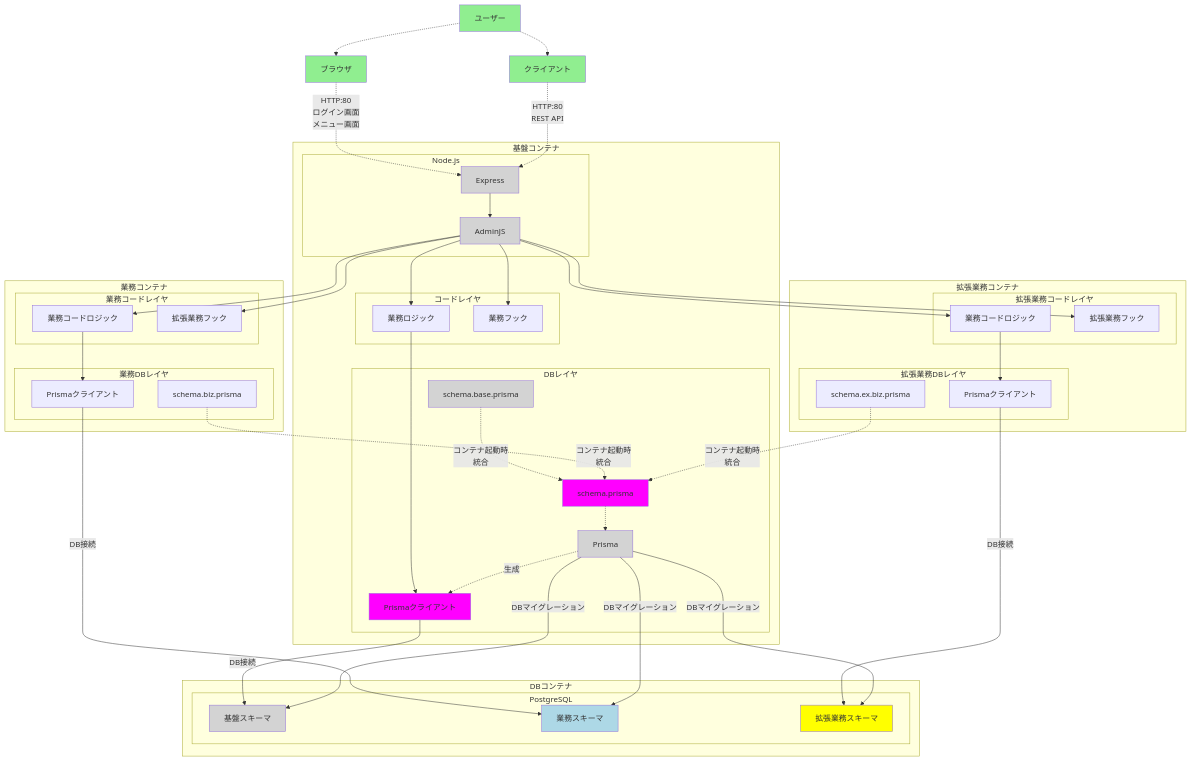
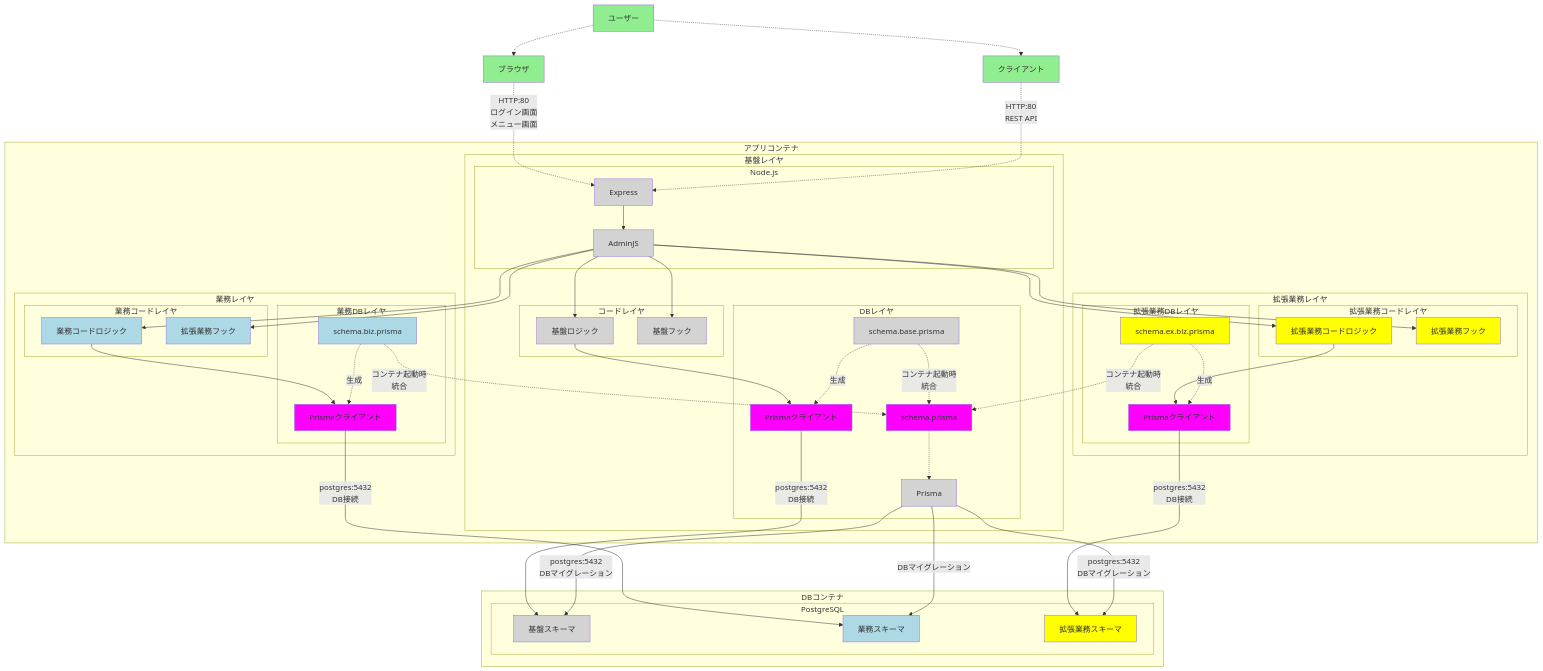
The diagram in docs/components.md (taizod1024/astack), drawn with Mermaid before and after one commit. The commit also changed 6 other files, not shown here.

````diff
--- a/docs/components.md
+++ b/docs/components.md
@@ -3,86 +3,100 @@
 ```mermaid
 graph TD
     US[ユーザー]
+    style US fill:lightgreen
     CL1[ブラウザ]
+    style CL1 fill:lightgreen
     CL2[クライアント]
-    style US fill:lightgreen
-    style CL1 fill:lightgreen
     style CL2 fill:lightgreen
     US -.-> CL1
     US -.-> CL2
     CL1 -.-> |HTTP:80<br>ログイン画面<br>メニュー画面| ND
     CL2 -.-> |HTTP:80<br>REST API| ND
-    subgraph 基盤コンテナ
-        ND[Express]
-        style ND fill:lightgray
-        AJ[AdminJS]
-        style AJ fill:lightgray
-        subgraph Node.js
-            ND --> AJ
-        end
-        subgraph コードレイヤ
-            CD.APP[業務ロジック]
-            CD.HOOK[業務フック]
-            AJ --> CD.APP
-            AJ --> CD.HOOK
-        end
-        subgraph DBレイヤ
-            PR.CL[Prismaクライアント]
-            style PR.CL fill:magenta
-            PR[Prisma]
-            style PR fill:lightgray
-            PR.BS.SC[schema.base.prisma]
-            style PR.BS.SC fill:lightgray
-            PR.SC[schema.prisma]
-            style PR.SC fill:magenta
-            CD.APP --> PR.CL
-            PR -.-> |生成| PR.CL
-            PR.BS.SC -.-> |コンテナ起動時<br>統合| PR.SC
-            PR.SC -.-> PR
-        end
-    end
     subgraph DBコンテナ
         subgraph PostgreSQL
             PO[基盤スキーマ]
+            style PO fill:lightgray
             BZ.PO[業務スキーマ]
+            style BZ.PO fill:lightblue
             EX.BZ.PO[拡張業務スキーマ]
-            style PO fill:lightgray
-            style BZ.PO fill:lightblue
             style EX.BZ.PO fill:yellow
         end
-        PR.CL --> |DB接続| PO
-        PR --> |DBマイグレーション| PO
     end
-    subgraph 業務コンテナ
-        subgraph 業務コードレイヤ
-            BZ.CD.APP[業務コードロジック]
-            BZ.CD.HOOK[拡張業務フック]
+    subgraph アプリコンテナ
+        subgraph 基盤レイヤ
+            ND[Express]
+            style ND fill:lightgray
+            AJ[AdminJS]
+            style AJ fill:lightgray
+            subgraph Node.js
+                ND --> AJ
+            end
+            subgraph コードレイヤ
+                CD.APP[基盤ロジック]
+                style CD.APP fill:lightgray
+                CD.HOOK[基盤フック]
+                style CD.HOOK fill:lightgray
+                AJ --> CD.APP
+                AJ --> CD.HOOK
+            end
+            subgraph DBレイヤ
+                PR.CL[Prismaクライアント]
+                style PR.CL fill:magenta
+                PR[Prisma]
+                style PR fill:lightgray
+                PR.BS.SC[schema.base.prisma]
+                style PR.BS.SC fill:lightgray
+                PR.SC[schema.prisma]
+                style PR.SC fill:magenta
+                CD.APP --> PR.CL
+                PR.BS.SC -.-> |生成| PR.CL
+                PR.BS.SC -.-> |コンテナ起動時<br>統合| PR.SC
+                PR.SC -.-> PR
+                PR.CL --> |postgres:5432<br>DB接続| PO
+                PR --> |postgres:5432<br>DBマイグレーション| PO
+            end
         end
-        subgraph 業務DBレイヤ
-            BZ.PR.SC[schema.biz.prisma]
-            BZ.PR.CL[Prismaクライアント]
+        subgraph 業務レイヤ
+            subgraph 業務コードレイヤ
+                BZ.CD.APP[業務コードロジック]
+                style BZ.CD.APP fill:lightblue
+                BZ.CD.HOOK[拡張業務フック]
+                style BZ.CD.HOOK fill:lightblue
+            end
+            subgraph 業務DBレイヤ
+                BZ.PR.SC[schema.biz.prisma]
+                style BZ.PR.SC fill:lightblue
+                BZ.PR.CL[Prismaクライアント]
+                style BZ.PR.CL fill:magenta
+            end
+            AJ --> BZ.CD.APP
+            AJ --> BZ.CD.HOOK
+            BZ.CD.APP --> BZ.PR.CL
+            BZ.PR.SC -.-> |生成| BZ.PR.CL
+            BZ.PR.SC -.-> |コンテナ起動時<br>統合| PR.SC
+            BZ.PR.CL --> |postgres:5432<br>DB接続| BZ.PO
+            PR --> |DBマイグレーション| BZ.PO
         end
-        AJ --> BZ.CD.APP
-        AJ --> BZ.CD.HOOK
-        BZ.CD.APP --> BZ.PR.CL
-        BZ.PR.SC -.-> |コンテナ起動時<br>統合| PR.SC
-        BZ.PR.CL --> |DB接続| BZ.PO
-        PR --> |DBマイグレーション| BZ.PO
-    end
-    subgraph 拡張業務コンテナ
-        subgraph 拡張業務コードレイヤ
-            EX.BZ.CD.APP[業務コードロジック]
-            EX.BZ.CD.HOOK[拡張業務フック]
+        subgraph 拡張業務レイヤ
+            subgraph 拡張業務コードレイヤ
+                EX.BZ.CD.APP[拡張業務コードロジック]
+                style EX.BZ.CD.APP fill:yellow
+                EX.BZ.CD.HOOK[拡張業務フック]
+                style EX.BZ.CD.HOOK fill:yellow
+            end
+            subgraph 拡張業務DBレイヤ
+                EX.BZ.PR.SC[schema.ex.biz.prisma]
+                style EX.BZ.PR.SC fill:yellow
+                EX.BZ.PR.CL[Prismaクライアント]
+                style EX.BZ.PR.CL fill:magenta
+            end
+            AJ --> EX.BZ.CD.APP
+            AJ --> EX.BZ.CD.HOOK
+            EX.BZ.CD.APP --> EX.BZ.PR.CL
+            EX.BZ.PR.SC -.-> |生成| EX.BZ.PR.CL
+            EX.BZ.PR.SC -.-> |コンテナ起動時<br>統合| PR.SC
+            EX.BZ.PR.CL --> |postgres:5432<br>DB接続| EX.BZ.PO
+            PR --> |postgres:5432<br>DBマイグレーション| EX.BZ.PO
         end
-        subgraph 拡張業務DBレイヤ
-            EX.BZ.PR.SC[schema.ex.biz.prisma]
-            EX.BZ.PR.CL[Prismaクライアント]
-        end
-        AJ --> EX.BZ.CD.APP
-        AJ --> EX.BZ.CD.HOOK
-        EX.BZ.CD.APP --> EX.BZ.PR.CL
-        EX.BZ.PR.SC -.-> |コンテナ起動時<br>統合| PR.SC
-        EX.BZ.PR.CL --> |DB接続| EX.BZ.PO
-        PR --> |DBマイグレーション| EX.BZ.PO
     end
 ```
````
